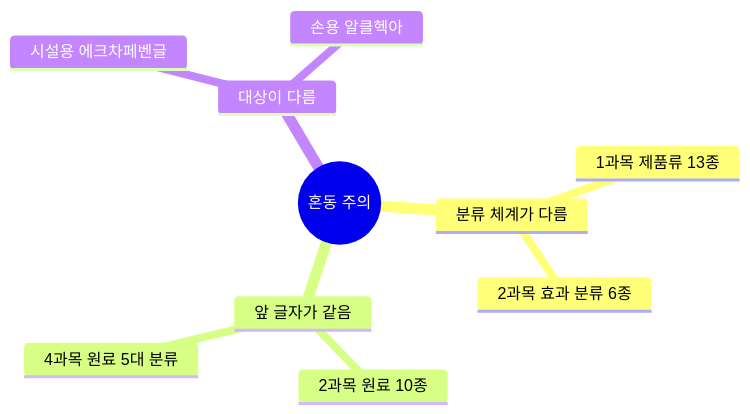
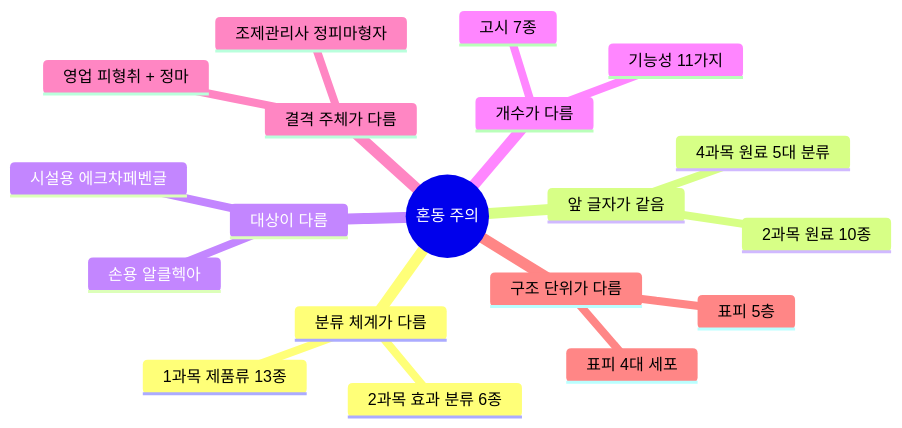
The fifth of 7 diagrams in content/두음법_암기_총정리.md (skygoldlee-cyber/Personalized_Skincare), drawn with Mermaid before and after one commit. The commit also changed other lines of this file and 3 other files, not shown here.

````diff
--- a/content/두음법_암기_총정리.md
+++ b/content/두음법_암기_총정리.md
@@ -208,13 +211,22 @@
 ```mermaid
 mindmap
  root((혼동 주의))
   분류 체계가 다름
    1과목 제품류 13종
    2과목 효과 분류 6종
   앞 글자가 같음
    2과목 원료 10종
    4과목 원료 5대 분류
   대상이 다름
    시설용 에크차페벤글
    손용 알클헥아
+  개수가 다름
+   기능성 11가지
+   고시 7종
+  결격 주체가 다름
+   영업 피형취 + 정마
+   조제관리사 정피마형자
+  구조 단위가 다름
+   표피 5층
+   표피 4대 세포
 ```
````
